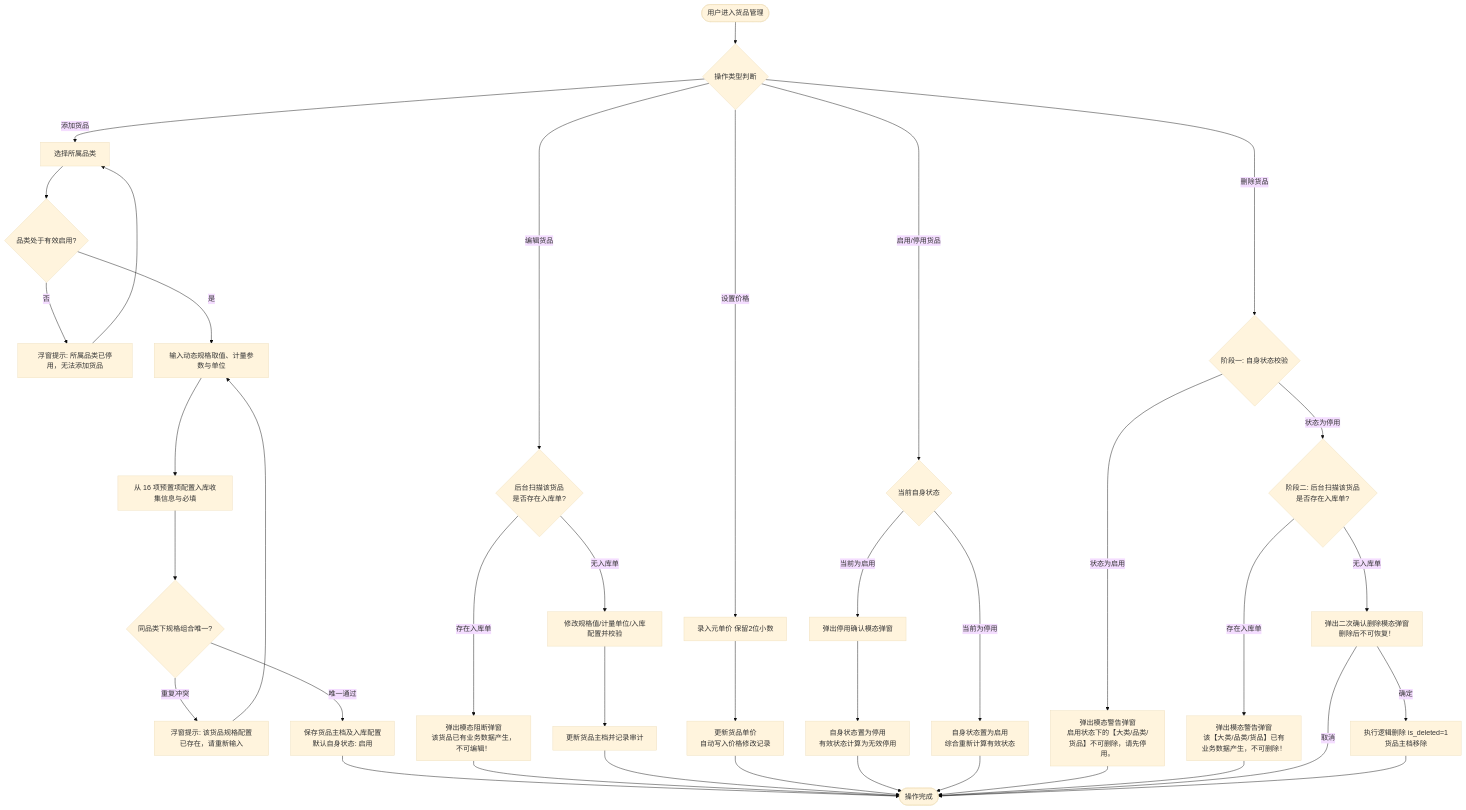
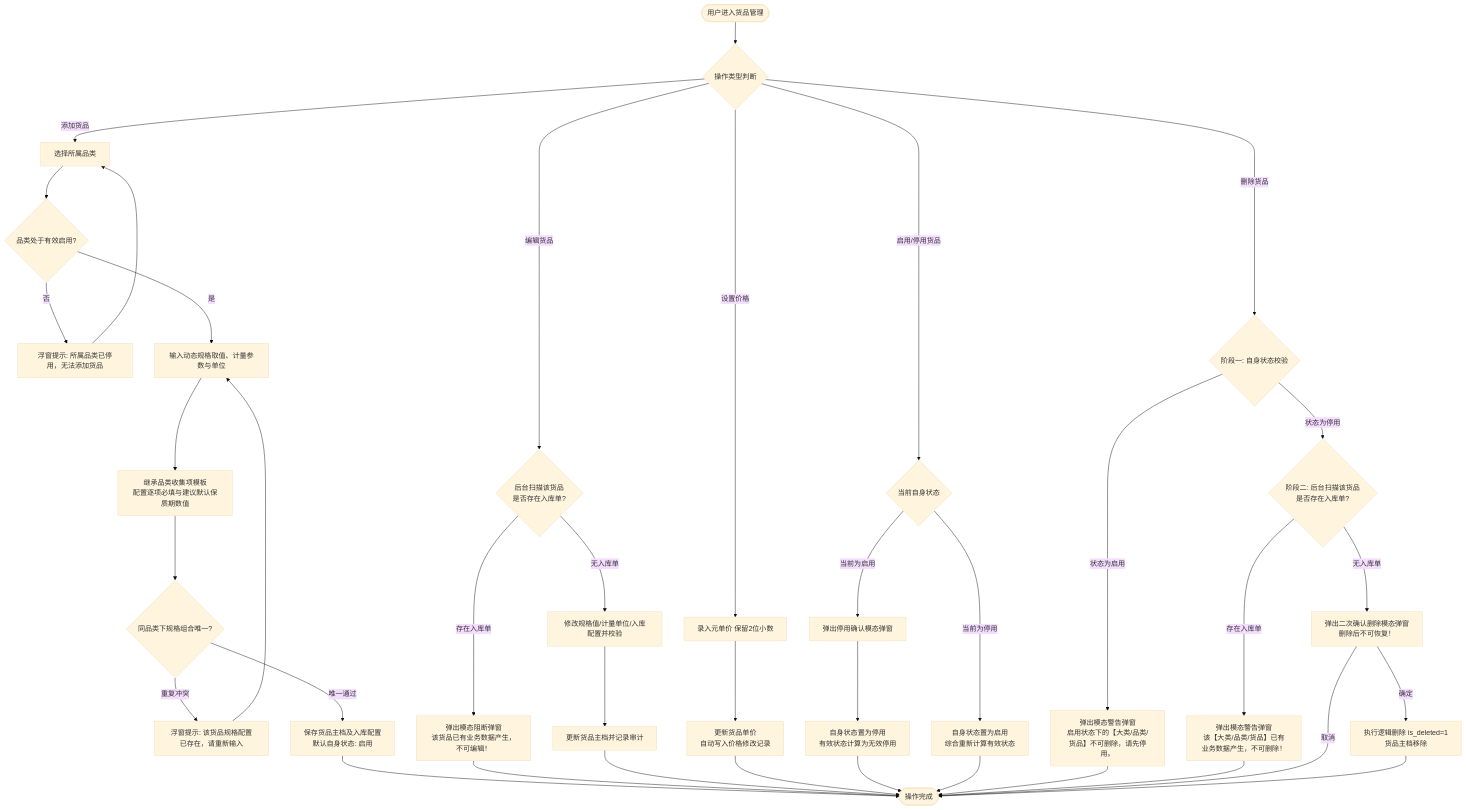
The first of 3 diagrams in 02-PRD文档/B-迭代需求/6.3版本（2026.09）/04-货品规格管理-货品管理/货品管理业务规则规格.md (RobertHuang999/SYZC), drawn with Mermaid (base theme) before and after one commit. The commit also changed other lines of this file and 267 other files, not shown here.

````diff
--- a/02-PRD文档/B-迭代需求/6.3版本（2026.09）/04-货品规格管理-货品管理/货品管理业务规则规格.md
+++ b/02-PRD文档/B-迭代需求/6.3版本（2026.09）/04-货品规格管理-货品管理/货品管理业务规则规格.md
@@ -118,39 +121,39 @@
 ```mermaid
 flowchart TD
     Start([用户进入货品管理]) --> OpType{操作类型判断}
 
     %% 1. 添加货品分支
     OpType -- 添加货品 --> SelectSubCat[选择所属品类]
     SelectSubCat --> CheckSubState{品类处于有效启用?}
     CheckSubState -- 否 --> ToastErrSub[浮窗提示: 所属品类已停用，无法添加货品] --> SelectSubCat
     CheckSubState -- 是 --> InputSKU[输入动态规格取值、计量参数与单位]
-    InputSKU --> ConfigInbound[从 16 项预置项配置入库收集信息与必填]
+    InputSKU --> ConfigInbound[继承品类收集项模板<br/>配置逐项必填与建议默认保质期数值]
     ConfigInbound --> CheckSKUUnique{同品类下规格组合唯一?}
     CheckSKUUnique -- 重复冲突 --> ToastErrSKU[浮窗提示: 该货品规格配置已存在，请重新输入] --> InputSKU
     CheckSKUUnique -- 唯一通过 --> SaveSKU[保存货品主档及入库配置<br/>默认自身状态: 启用] --> End([操作完成])
 
     %% 2. 编辑货品分支
     OpType -- 编辑货品 --> CheckInboundEdit{后台扫描该货品<br/>是否存在入库单?}
     CheckInboundEdit -- 存在入库单 --> ModalBlockEdit[弹出模态阻断弹窗<br/>该货品已有业务数据产生，不可编辑！] --> End
     CheckInboundEdit -- 无入库单 --> EditSKUData[修改规格值/计量单位/入库配置并校验]
     EditSKUData --> SaveEdit[更新货品主档并记录审计] --> End
 
     %% 3. 设价分支
     OpType -- 设置价格 --> InputPrice[录入元单价 保留2位小数]
     InputPrice --> SavePrice[更新货品单价<br/>自动写入价格修改记录] --> End
 
     %% 4. 启停用货品分支
     OpType -- 启用/停用货品 --> StatusJudge{当前自身状态}
     StatusJudge -- 当前为启用 --> ConfirmDisable[弹出停用确认模态弹窗]
     ConfirmDisable --> DoDisable[自身状态置为停用<br/>有效状态计算为无效停用] --> End
     StatusJudge -- 当前为停用 --> DoEnable[自身状态置为启用<br/>综合重新计算有效状态] --> End
 
     %% 5. 删除货品分支
     OpType -- 删除货品 --> Phase1{阶段一: 自身状态校验}
     Phase1 -- 状态为启用 --> BlockEnableDel[弹出模态警告弹窗<br/>启用状态下的【大类/品类/货品】不可删除，请先停用。] --> End
     Phase1 -- 状态为停用 --> Phase2{阶段二: 后台扫描该货品<br/>是否存在入库单?}
     Phase2 -- 存在入库单 --> BlockInboundDel[弹出模态警告弹窗<br/>该【大类/品类/货品】已有业务数据产生，不可删除！] --> End
     Phase2 -- 无入库单 --> ConfirmDelModal[弹出二次确认删除模态弹窗<br/>删除后不可恢复！]
     ConfirmDelModal -- 取消 --> End
     ConfirmDelModal -- 确定 --> CascadeDel[执行逻辑删除 is_deleted=1<br/>货品主档移除] --> End
 ```
````
